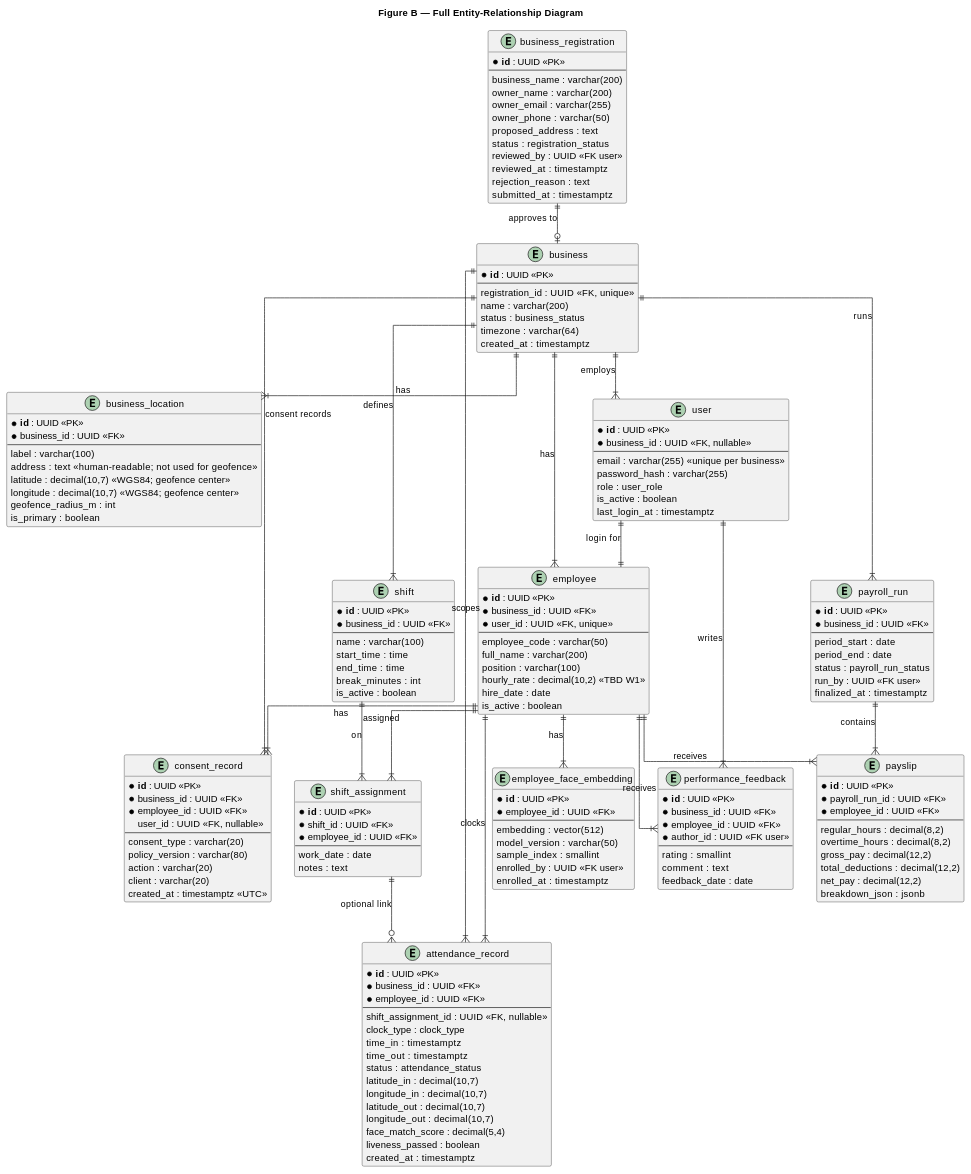
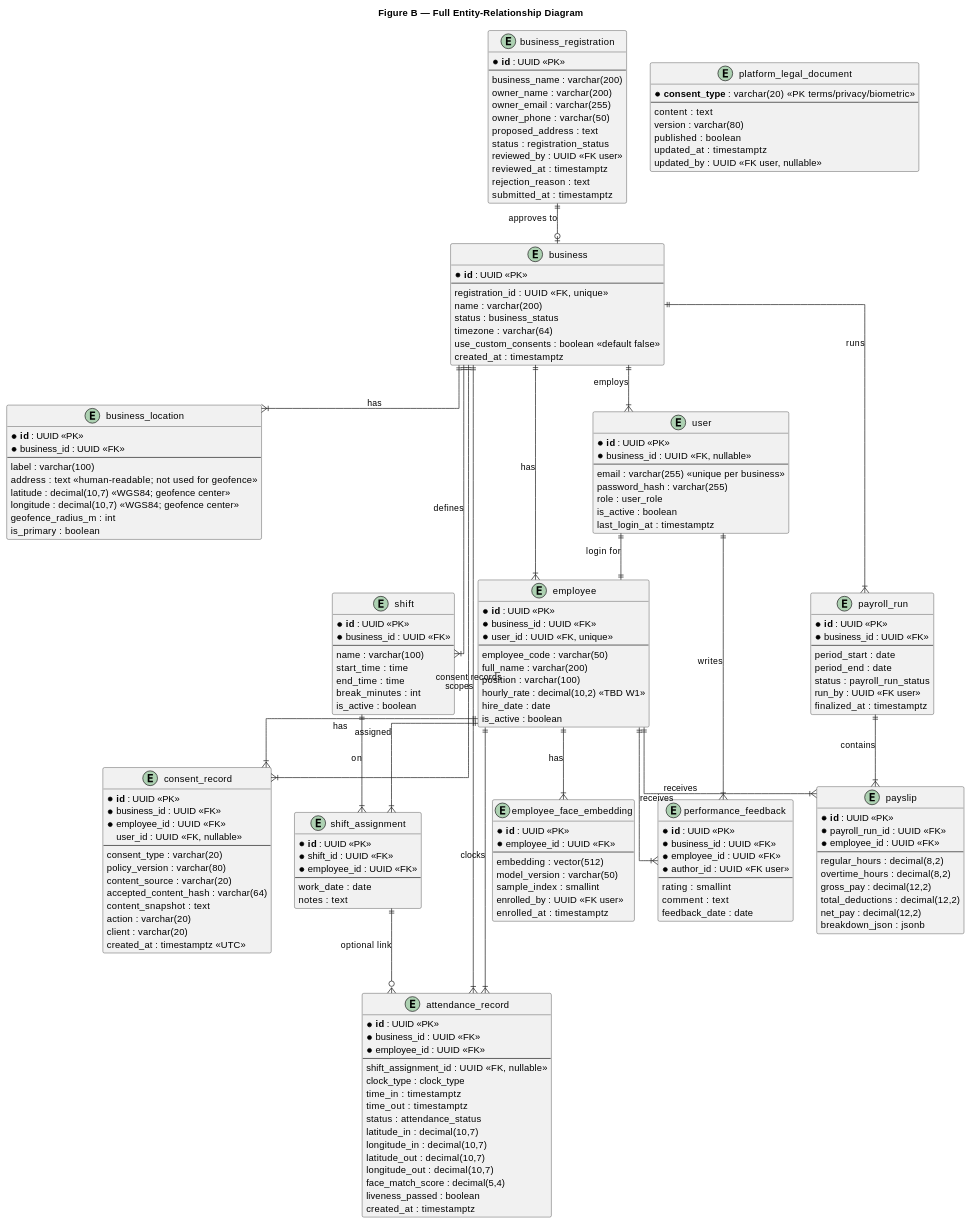
Before and after one commit to JRParreno/aroll: the second of 3 diagrams in docs/DATABASE-ERD.md, drawn with PlantUML. The commit also changed other lines of this file and 28 other files, not shown here.

```diff
--- a/docs/DATABASE-ERD.md
+++ b/docs/DATABASE-ERD.md
@@ -86,6 +87,16 @@
   submitted_at : timestamptz
 }
 
+entity "platform_legal_document" as pld {
+  * **consent_type** : varchar(20) <<PK terms/privacy/biometric>>
+  --
+  content : text
+  version : varchar(80)
+  published : boolean
+  updated_at : timestamptz
+  updated_by : UUID <<FK user, nullable>>
+}
+
 entity "business" as b {
   * **id** : UUID <<PK>>
   --
@@ -93,6 +104,7 @@
   name : varchar(200)
   status : business_status
   timezone : varchar(64)
+  use_custom_consents : boolean <<default false>>
   created_at : timestamptz
 }
 
@@ -151,6 +163,9 @@
   --
   consent_type : varchar(20)
   policy_version : varchar(80)
+  content_source : varchar(20)
+  accepted_content_hash : varchar(64)
+  content_snapshot : text
   action : varchar(20)
   client : varchar(20)
   created_at : timestamptz <<UTC>>
```
